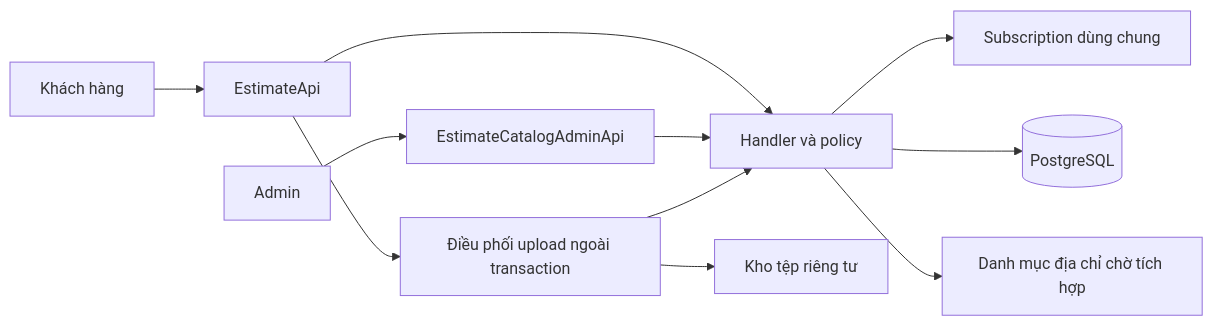
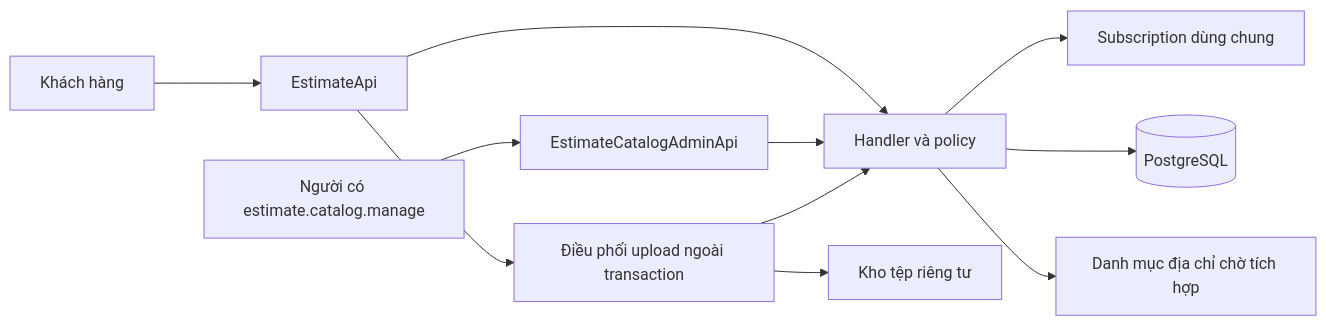
One commit to TaskCoper/bmt-documentation changed the first of 5 diagrams in tdd/TDD-PROJ-001.md. Above: the diagram before and after it, drawn with Mermaid. The commit also changed other lines of this file and 19 other files, not shown here.

````diff
--- a/tdd/TDD-PROJ-001.md
+++ b/tdd/TDD-PROJ-001.md
@@ -92,13 +95,13 @@
 ```mermaid
 flowchart LR
     C[Khách hàng] --> A[EstimateApi]
-    M[Admin] --> B[EstimateCatalogAdminApi]
+    M[Người có estimate.catalog.manage] --> B[EstimateCatalogAdminApi]
     A --> H[Handler và policy]
     B --> H
     H --> Q[Subscription dùng chung]
     H --> D[(PostgreSQL)]
     H --> L[Danh mục địa chỉ chờ tích hợp]
     A --> F[Điều phối upload ngoài transaction]
     F --> S[Kho tệp riêng tư]
     F --> H
 ```
````
